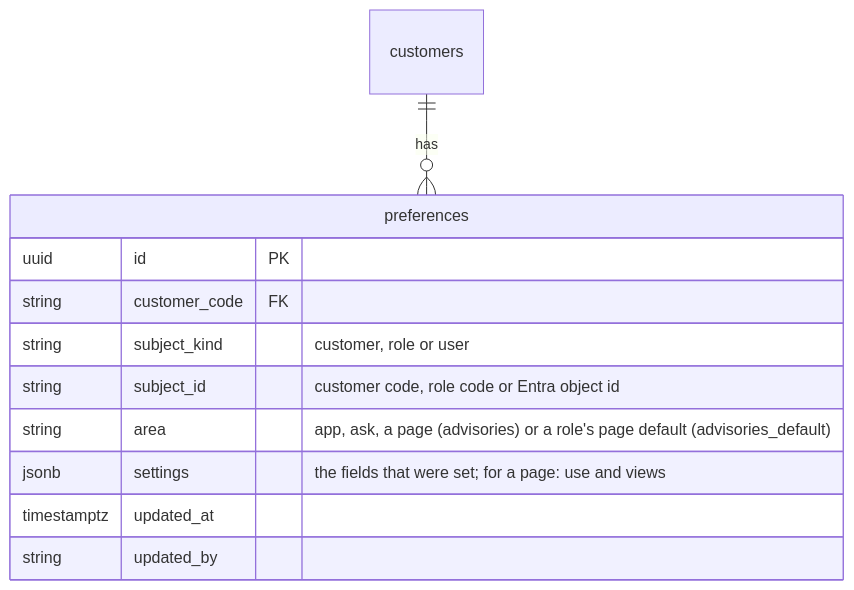
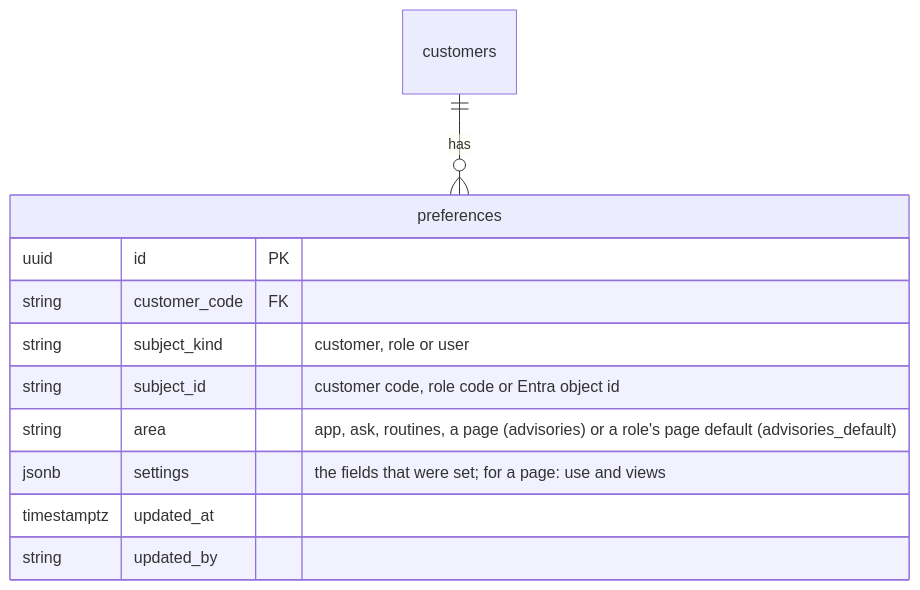
One commit to eamtalu/RAG-PipeLine changed diagram 16 of 16 in docs/database-er-diagram.md. Above: the diagram before and after it, drawn with Mermaid. The commit also changed other lines of this file and 19 other files, not shown here.

````diff
--- a/docs/database-er-diagram.md
+++ b/docs/database-er-diagram.md
@@ -1929,14 +1952,14 @@
 ```mermaid
 erDiagram
     customers ||--o{ preferences : "has"
     preferences {
         uuid id PK
         string customer_code FK
         string subject_kind "customer, role or user"
         string subject_id "customer code, role code or Entra object id"
-        string area "app, ask, a page (advisories) or a role's page default (advisories_default)"
+        string area "app, ask, routines, a page (advisories) or a role's page default (advisories_default)"
         jsonb settings "the fields that were set; for a page: use and views"
         timestamptz updated_at
         string updated_by
     }
 ```
````
